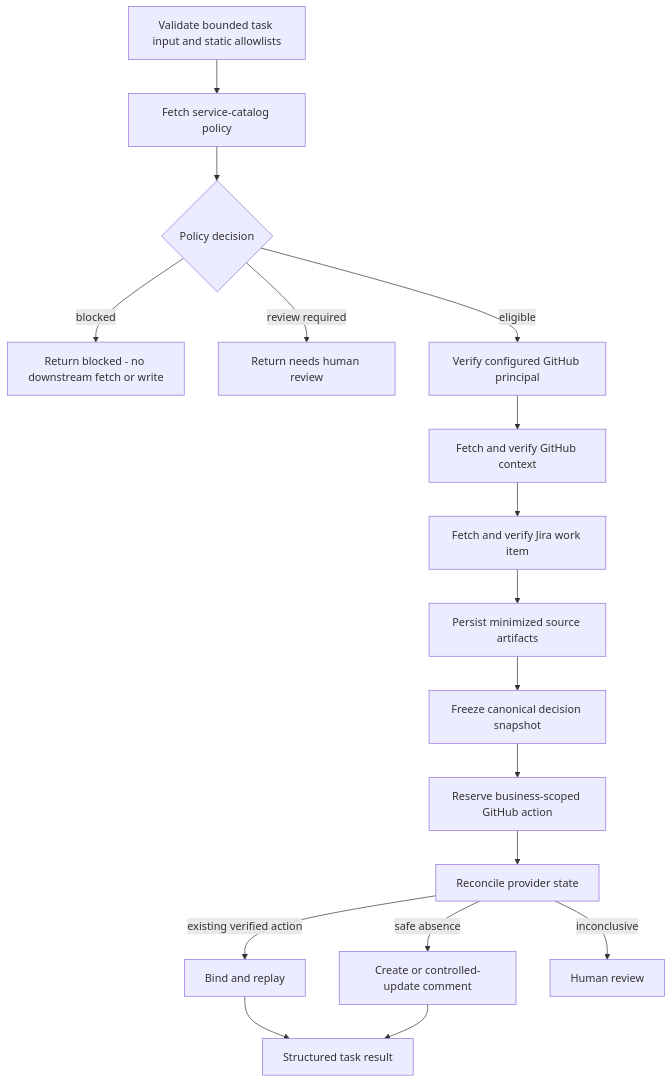
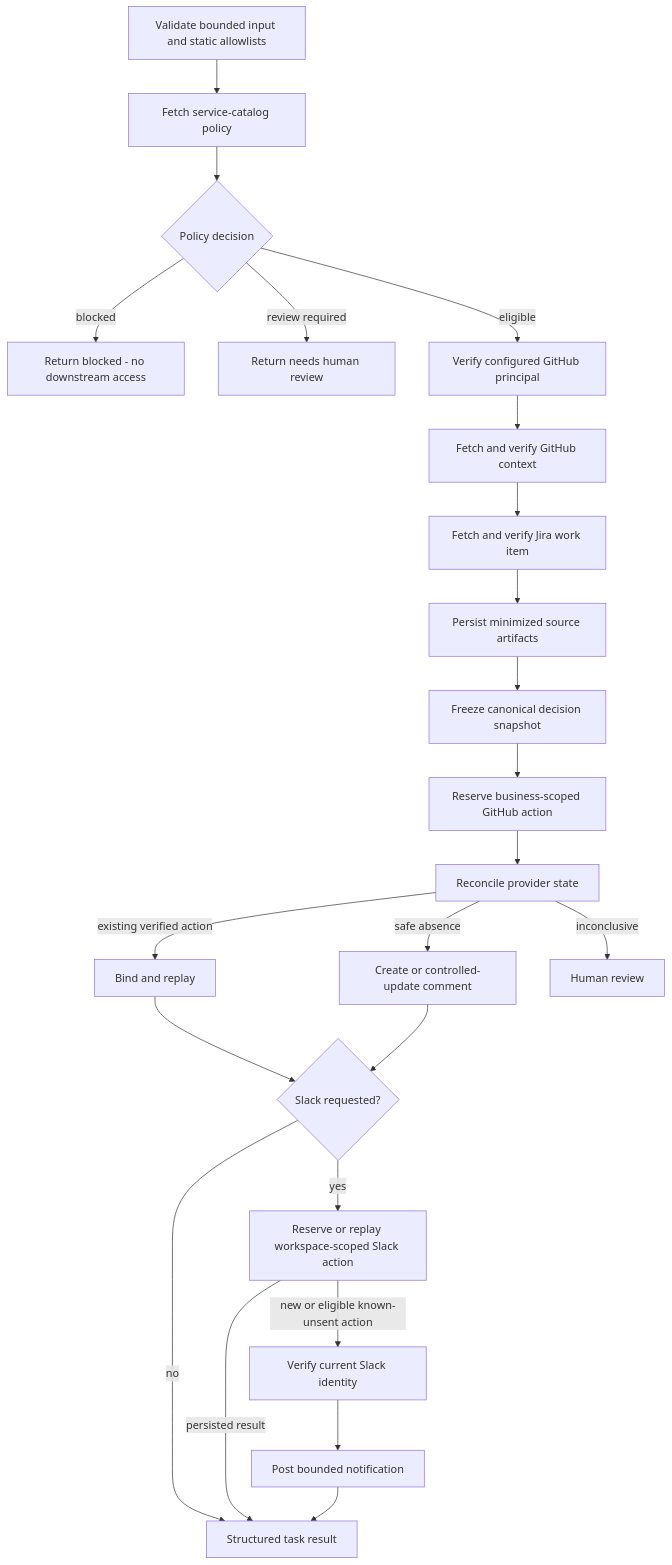
The diagram in docs/wiki/Enterprise-Integration-Design.md (amirss/ninjatech-deployment-lab), drawn with Mermaid before and after one commit. The commit also changed other lines of this file and 2 other files, not shown here.

````diff
--- a/docs/wiki/Enterprise-Integration-Design.md
+++ b/docs/wiki/Enterprise-Integration-Design.md
@@ -32,19 +31,25 @@
 ```mermaid
 flowchart TD
-    I[Validate bounded task input and static allowlists] --> S[Fetch service-catalog policy]
+    I[Validate bounded input and static allowlists] --> S[Fetch service-catalog policy]
     S --> P{Policy decision}
-    P -->|blocked| B[Return blocked - no downstream fetch or write]
+    P -->|blocked| B[Return blocked - no downstream access]
     P -->|review required| R[Return needs human review]
     P -->|eligible| V[Verify configured GitHub principal]
     V --> G[Fetch and verify GitHub context]
     G --> J[Fetch and verify Jira work item]
     J --> A[Persist minimized source artifacts]
     A --> D[Freeze canonical decision snapshot]
     D --> X[Reserve business-scoped GitHub action]
     X --> C[Reconcile provider state]
     C -->|existing verified action| E[Bind and replay]
     C -->|safe absence| W[Create or controlled-update comment]
     C -->|inconclusive| H[Human review]
-    E --> O[Structured task result]
-    W --> O
+    E --> Q{Slack requested?}
+    W --> Q
+    Q -->|no| O[Structured task result]
+    Q -->|yes| L[Reserve or replay workspace-scoped Slack action]
+    L -->|persisted result| O
+    L -->|new or eligible known-unsent action| I2[Verify current Slack identity]
+    I2 --> M[Post bounded notification]
+    M --> O
 ```
````
